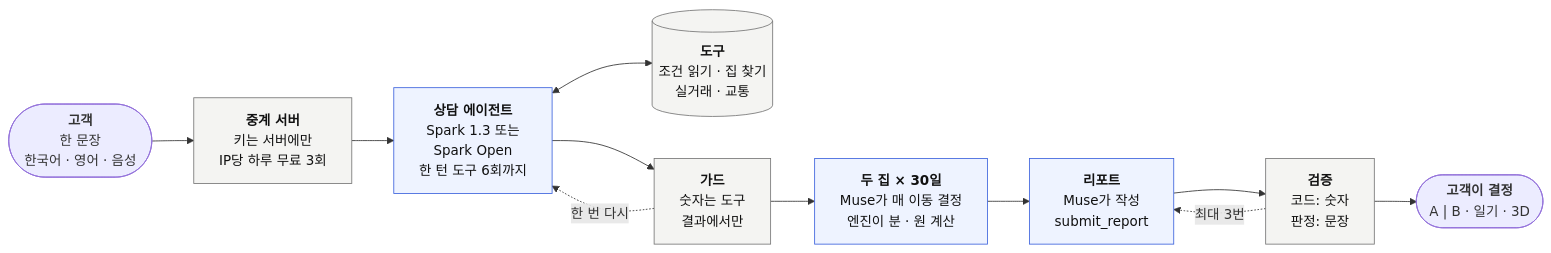
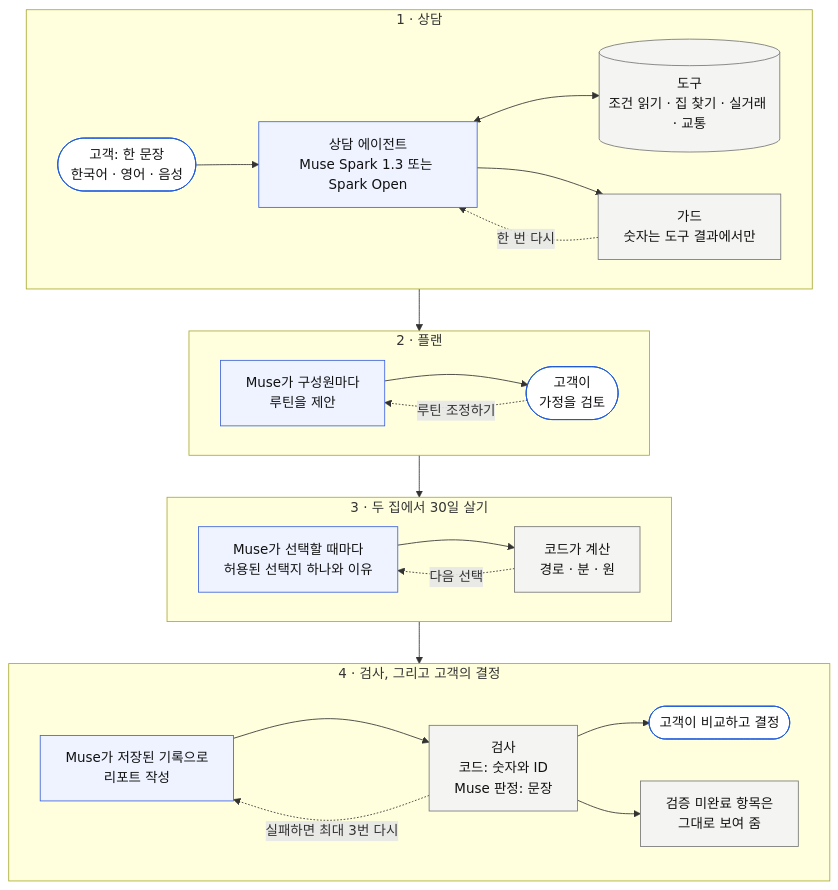
Before and after one commit to halo-sw/ithaca: the diagram in docs/agent-workflow.ko.mmd, drawn with Mermaid. The commit also changed 3 other files, not shown here.

First line of the commit message:
docs: README in a submission-overview layout, with the agent workflow chart and benchmarks

```diff
--- a/docs/agent-workflow.ko.mmd
+++ b/docs/agent-workflow.ko.mmd
@@ -1,15 +1,32 @@
-flowchart LR
-  U(["<b>고객</b><br/>한 문장<br/>한국어 · 영어 · 음성"]) --> R["<b>중계 서버</b><br/>키는 서버에만<br/>IP당 하루 무료 3회"]
-  R --> A["<b>상담 에이전트</b><br/>Spark 1.3 또는<br/>Spark Open<br/>한 턴 도구 6회까지"]
-  A <--> T[("<b>도구</b><br/>조건 읽기 · 집 찾기<br/>실거래 · 교통")]
-  A --> G["<b>가드</b><br/>숫자는 도구<br/>결과에서만"]
-  G -. "한 번 다시" .-> A
-  G --> L["<b>두 집 × 30일</b><br/>Muse가 매 이동 결정<br/>엔진이 분 · 원 계산"]
-  L --> P["<b>리포트</b><br/>Muse가 작성<br/>submit_report"]
-  P --> C["<b>검증</b><br/>코드: 숫자<br/>판정: 문장"]
-  C -. "최대 3번" .-> P
-  C --> O(["<b>고객이 결정</b><br/>A | B · 일기 · 3D"])
-  classDef muse fill:#eef3ff,stroke:#3d63dd,color:#111;
-  classDef code fill:#f4f4f2,stroke:#777,color:#111;
-  class A,L,P muse
-  class R,T,G,C code
+flowchart TB
+  subgraph S1["1 · 상담"]
+    direction LR
+    U(["고객: 한 문장<br/>한국어 · 영어 · 음성"]) --> A["상담 에이전트<br/>Muse Spark 1.3 또는 Spark Open"]
+    A <--> T[("도구<br/>조건 읽기 · 집 찾기 · 실거래 · 교통")]
+    A --> G["가드<br/>숫자는 도구 결과에서만"]
+    G -. "한 번 다시" .-> A
+  end
+  subgraph S2["2 · 플랜"]
+    direction LR
+    H["Muse가 구성원마다<br/>루틴을 제안"] --> F(["고객이<br/>가정을 검토"])
+    F -. "루틴 조정하기" .-> H
+  end
+  subgraph S3["3 · 두 집에서 30일 살기"]
+    direction LR
+    D["Muse가 선택할 때마다<br/>허용된 선택지 하나와 이유"] --> E["코드가 계산<br/>경로 · 분 · 원"]
+    E -. "다음 선택" .-> D
+  end
+  subgraph S4["4 · 검사, 그리고 고객의 결정"]
+    direction LR
+    P["Muse가 저장된 기록으로<br/>리포트 작성"] --> C["검사<br/>코드: 숫자와 ID<br/>Muse 판정: 문장"]
+    C -. "실패하면 최대 3번 다시" .-> P
+    C --> O(["고객이 비교하고 결정"])
+    C --> N["검증 미완료 항목은<br/>그대로 보여 줌"]
+  end
+  S1 --> S2 --> S3 --> S4
+  classDef muse fill:#eef3ff,stroke:#3d63dd,color:#111
+  classDef code fill:#f4f4f2,stroke:#777,color:#111
+  classDef you fill:#ffffff,stroke:#1a56db,color:#111
+  class A,H,D,P muse
+  class T,G,E,C,N code
+  class U,F,O you
```
